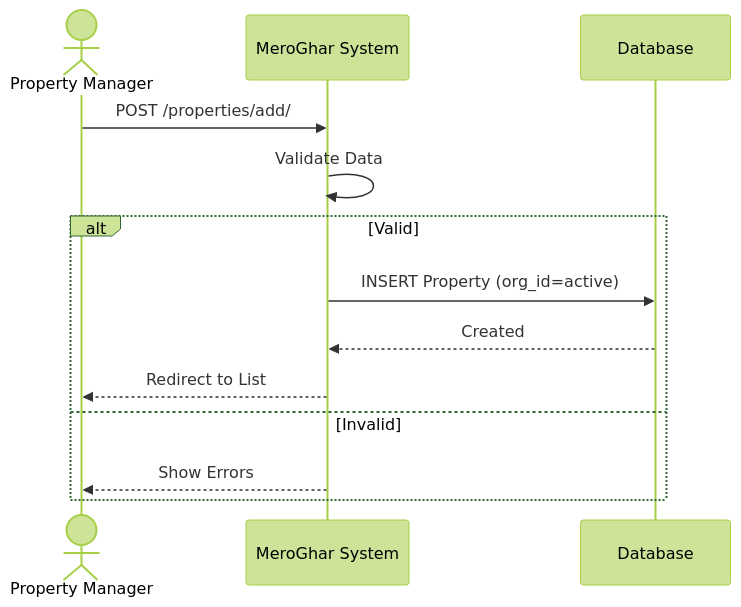
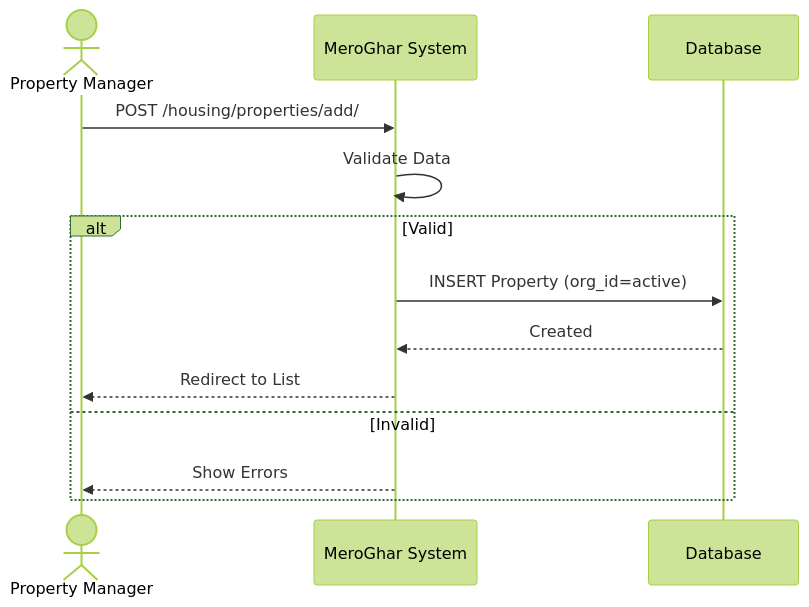
The second of 4 diagrams in docs/workflows/property.md (0Ankit0/meroghar), drawn with Mermaid (forest theme) before and after one commit. The commit also changed other lines of this file and 12 other files, not shown here.

````diff
--- a/docs/workflows/property.md
+++ b/docs/workflows/property.md
@@ -45,16 +45,16 @@
 ```mermaid
 sequenceDiagram
     actor User as Property Manager
     participant System as MeroGhar System
     participant DB as Database
 
-    User->>System: POST /properties/add/
+    User->>System: POST /housing/properties/add/
     System->>System: Validate Data
     alt Valid
         System->>DB: INSERT Property (org_id=active)
         DB-->>System: Created
         System-->>User: Redirect to List
     else Invalid
         System-->>User: Show Errors
     end
 ```
````
